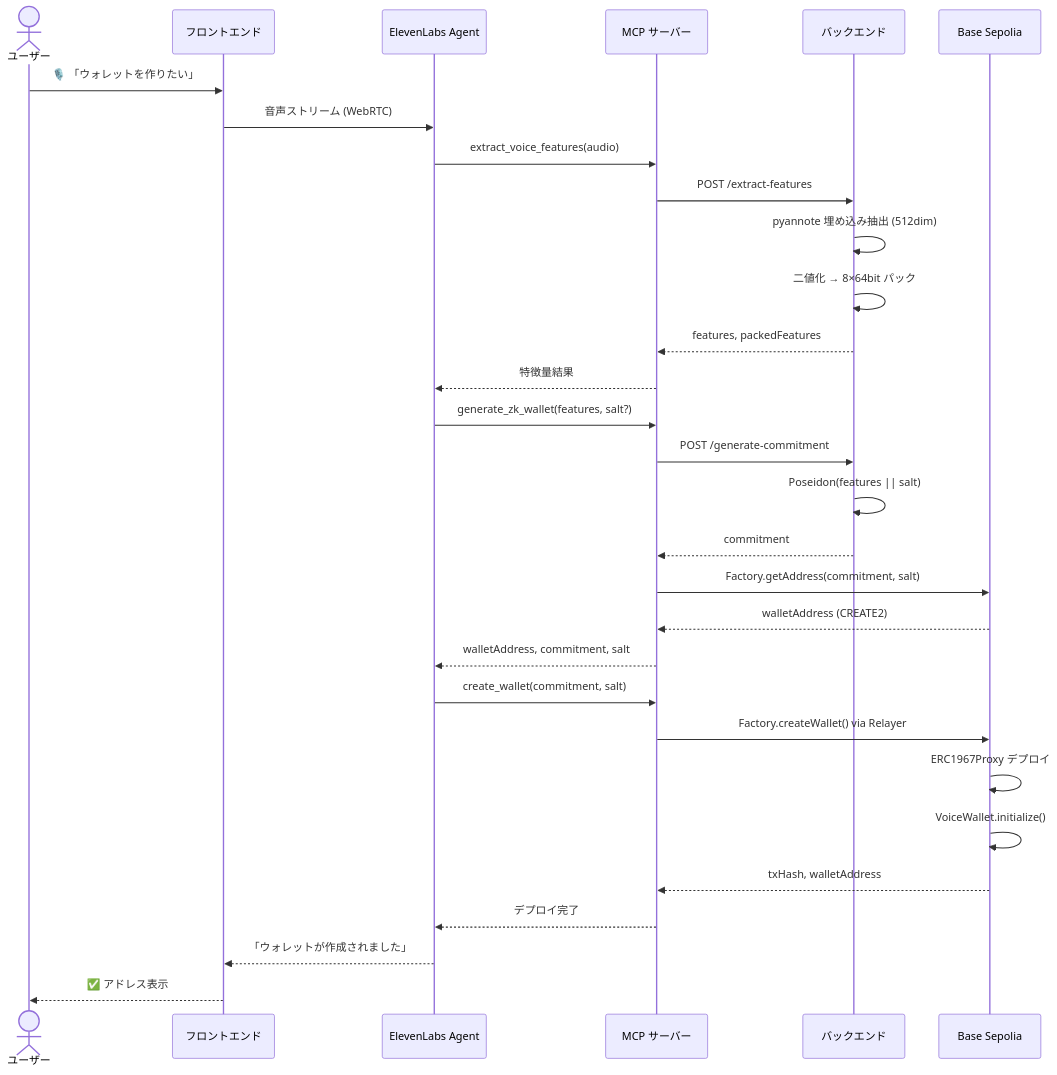
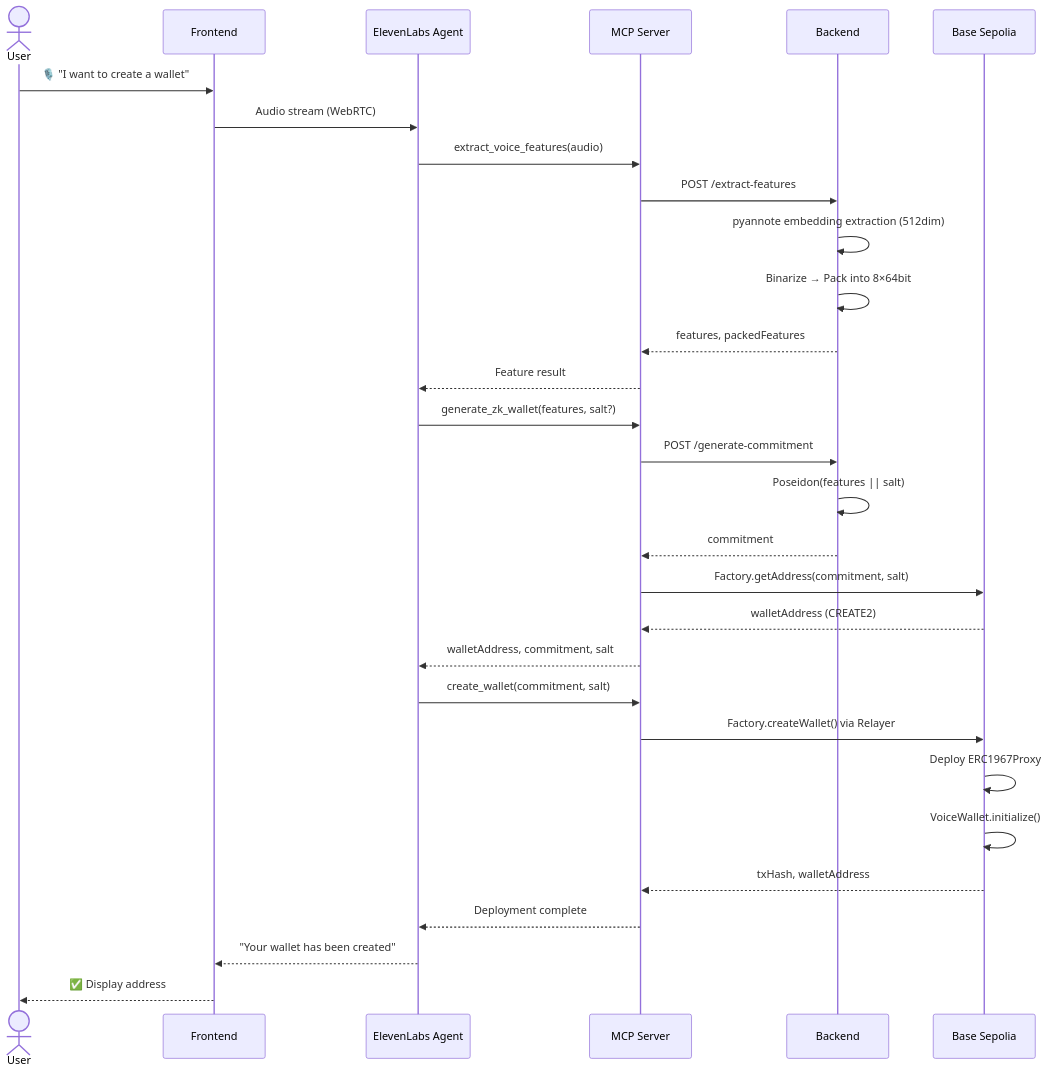
The second of 5 diagrams in README.md (mashharuki/Mistral-Worldwide-Hackathon), drawn with Mermaid before and after one commit. The commit also changed other lines of this file and 3 other files, not shown here.

````diff
--- a/README.md
+++ b/README.md
@@ -132,35 +132,35 @@
 ```mermaid
 sequenceDiagram
-    actor User as ユーザー
-    participant FE as フロントエンド
+    actor User as User
+    participant FE as Frontend
     participant Agent as ElevenLabs Agent
-    participant MCP as MCP サーバー
-    participant BE as バックエンド
+    participant MCP as MCP Server
+    participant BE as Backend
     participant Chain as Base Sepolia
 
-    User->>FE: 🎙️ 「ウォレットを作りたい」
-    FE->>Agent: 音声ストリーム (WebRTC)
+    User->>FE: 🎙️ "I want to create a wallet"
+    FE->>Agent: Audio stream (WebRTC)
     Agent->>MCP: extract_voice_features(audio)
     MCP->>BE: POST /extract-features
-    BE->>BE: pyannote 埋め込み抽出 (512dim)
-    BE->>BE: 二値化 → 8×64bit パック
+    BE->>BE: pyannote embedding extraction (512dim)
+    BE->>BE: Binarize → Pack into 8×64bit
     BE-->>MCP: features, packedFeatures
-    MCP-->>Agent: 特徴量結果
+    MCP-->>Agent: Feature result
 
     Agent->>MCP: generate_zk_wallet(features, salt?)
     MCP->>BE: POST /generate-commitment
     BE->>BE: Poseidon(features || salt)
     BE-->>MCP: commitment
     MCP->>Chain: Factory.getAddress(commitment, salt)
     Chain-->>MCP: walletAddress (CREATE2)
     MCP-->>Agent: walletAddress, commitment, salt
 
     Agent->>MCP: create_wallet(commitment, salt)
     MCP->>Chain: Factory.createWallet() via Relayer
-    Chain->>Chain: ERC1967Proxy デプロイ
+    Chain->>Chain: Deploy ERC1967Proxy
     Chain->>Chain: VoiceWallet.initialize()
     Chain-->>MCP: txHash, walletAddress
-    MCP-->>Agent: デプロイ完了
-    Agent-->>FE: 「ウォレットが作成されました」
-    FE-->>User: ✅ アドレス表示
+    MCP-->>Agent: Deployment complete
+    Agent-->>FE: "Your wallet has been created"
+    FE-->>User: ✅ Display address
 ```
````
